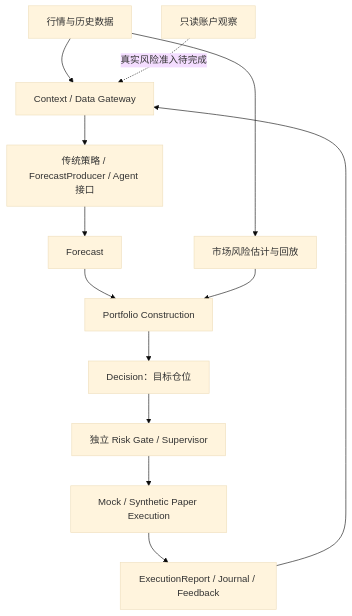
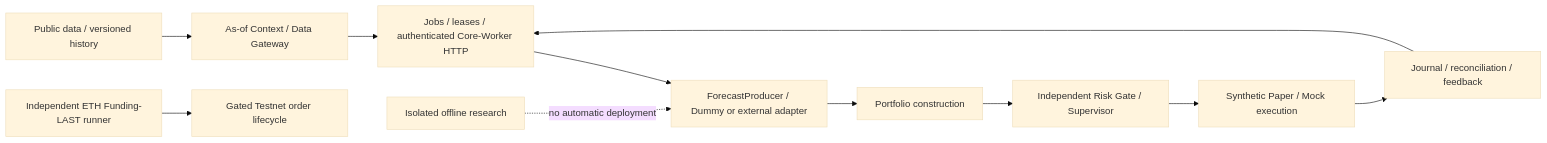
The diagram in README.md (BouillieAnonymous/Perpetual-Alpha-2026), drawn with Mermaid (base theme) before and after one commit. The commit also changed other lines of this file and 18 other files, not shown here.

First line of the commit message:
Phase 5: document maturity and add isolated research validation

````diff
--- a/README.md
+++ b/README.md
@@ -73,15 +18,13 @@
 ```mermaid
-flowchart TD
-    DATA[行情与历史数据] --> CTX[Context / Data Gateway]
-    ACCOUNT[只读账户观察] -.真实风险准入待完成.-> CTX
-    CTX --> STRATEGY[传统策略 / ForecastProducer / Agent 接口]
-    STRATEGY --> FORECAST[Forecast]
-    DATA --> MARKET[市场风险估计与回放]
-    FORECAST --> PORT[Portfolio Construction]
-    MARKET --> PORT
-    PORT --> DEC[Decision：目标仓位]
-    DEC --> GATE[独立 Risk Gate / Supervisor]
-    GATE --> PAPER[Mock / Synthetic Paper Execution]
-    PAPER --> REPORT[ExecutionReport / Journal / Feedback]
-    REPORT --> CTX
+flowchart LR
+  DATA[Public data / versioned history] --> GW[As-of Context / Data Gateway]
+  GW --> JOB[Jobs / leases / authenticated Core-Worker HTTP]
+  JOB --> FORECAST[ForecastProducer / Dummy or external adapter]
+  FORECAST --> PORT[Portfolio construction]
+  PORT --> RISK[Independent Risk Gate / Supervisor]
+  RISK --> PAPER[Synthetic Paper / Mock execution]
+  PAPER --> FEEDBACK[Journal / reconciliation / feedback]
+  FEEDBACK --> JOB
+  FUNDING[Independent ETH Funding-LAST runner] --> ORDERS[Gated Testnet order lifecycle]
+  RESEARCH[Isolated offline research] -. no automatic deployment .-> FORECAST
 ```
````
